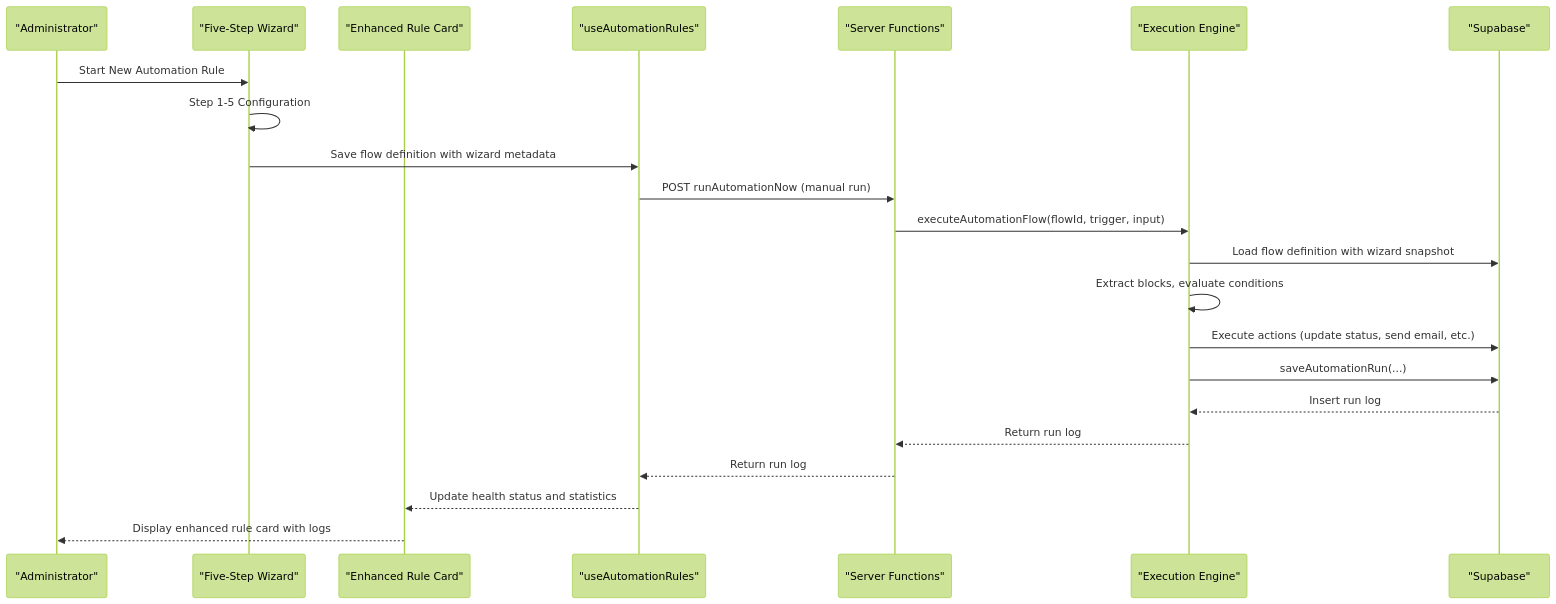
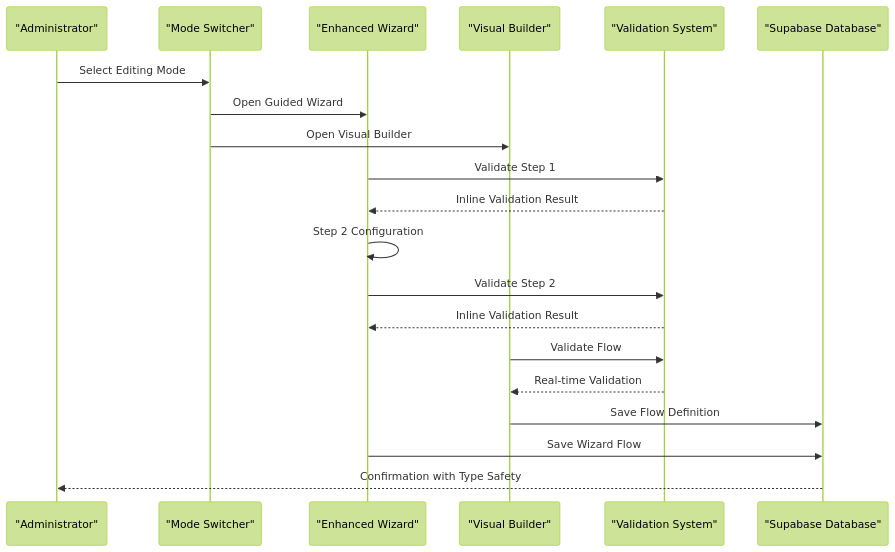
The second of 7 diagrams in .qoder/repowiki/en/content/Automation System/Automation System.md (gastaldellomarco/pcReady), drawn with Mermaid (forest theme) before and after one commit. The commit also changed other lines of this file and 4 other files, not shown here.

First line of the commit message:
feat(audit): revamp audit logging system with dual views, real-time KPIs, and export features

````diff
--- a/.qoder/repowiki/en/content/Automation System/Automation System.md
+++ b/.qoder/repowiki/en/content/Automation System/Automation System.md
@@ -153,24 +169,22 @@
 ```mermaid
 sequenceDiagram
 participant Admin as "Administrator"
-participant Wizard as "Five-Step Wizard"
-participant Card as "Enhanced Rule Card"
-participant Hook as "useAutomationRules"
-participant API as "Server Functions"
-participant Exec as "Execution Engine"
-participant DB as "Supabase"
-Admin->>Wizard : Start New Automation Rule
-Wizard->>Wizard : Step 1-5 Configuration
-Wizard->>Hook : Save flow definition with wizard metadata
-Hook->>API : POST runAutomationNow (manual run)
-API->>Exec : executeAutomationFlow(flowId, trigger, input)
-Exec->>DB : Load flow definition with wizard snapshot
-Exec->>Exec : Extract blocks, evaluate conditions
-Exec->>DB : Execute actions (update status, send email, etc.)
-Exec->>DB : saveAutomationRun(...)
-DB-->>Exec : Insert run log
-Exec-->>API : Return run log
-API-->>Hook : Return run log
-Hook-->>Card : Update health status and statistics
-Card-->>Admin : Display enhanced rule card with logs
+participant ModeSwitch as "Mode Switcher"
+participant Wizard as "Enhanced Wizard"
+participant Builder as "Visual Builder"
+participant Validator as "Validation System"
+participant DB as "Supabase Database"
+Admin->>ModeSwitch : Select Editing Mode
+ModeSwitch->>Wizard : Open Guided Wizard
+ModeSwitch->>Builder : Open Visual Builder
+Wizard->>Validator : Validate Step 1
+Validator-->>Wizard : Inline Validation Result
+Wizard->>Wizard : Step 2 Configuration
+Wizard->>Validator : Validate Step 2
+Validator-->>Wizard : Inline Validation Result
+Builder->>Validator : Validate Flow
+Validator-->>Builder : Real-time Validation
+Builder->>DB : Save Flow Definition
+Wizard->>DB : Save Wizard Flow
+DB-->>Admin : Confirmation with Type Safety
 ```
````
